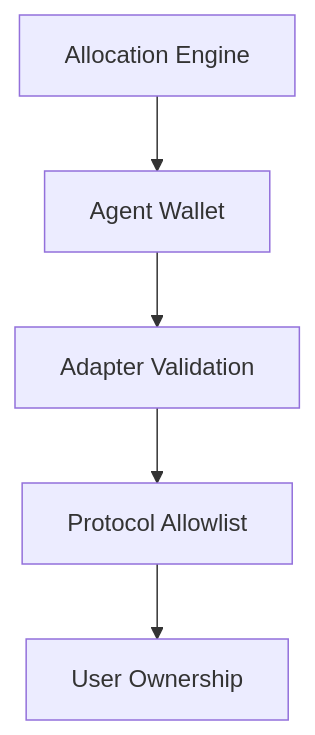
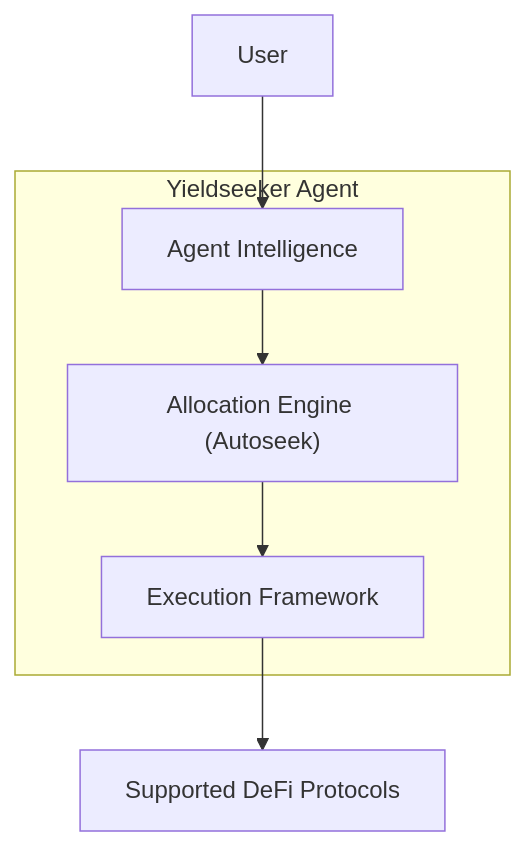
The diagram in protocol/protocol-architecture.mdx (tokenpage/yieldseeker-docs), drawn with Mermaid before and after one commit. The commit also changed other lines of this file, not shown here.

````diff
--- a/protocol/protocol-architecture.mdx
+++ b/protocol/protocol-architecture.mdx
@@ -153,18 +14,19 @@
 ```mermaid
 flowchart TD
 
-Agent["Allocation Engine"]
+User["User"]
 
-Wallet["Agent Wallet"]
+subgraph Agent["Yieldseeker Agent"]
+    Intelligence["Agent Intelligence"]
+    Engine["Allocation Engine (Autoseek)"]
+    Execution["Execution Framework"]
 
-Adapter["Adapter Validation"]
+    Intelligence --> Engine
+    Engine --> Execution
+end
 
-Registry["Protocol Allowlist"]
+Protocols["Supported DeFi Protocols"]
 
-User["User Ownership"]
-
-Agent --> Wallet
-Wallet --> Adapter
-Adapter --> Registry
-Registry --> User
+User --> Intelligence
+Execution --> Protocols
 ```
````
